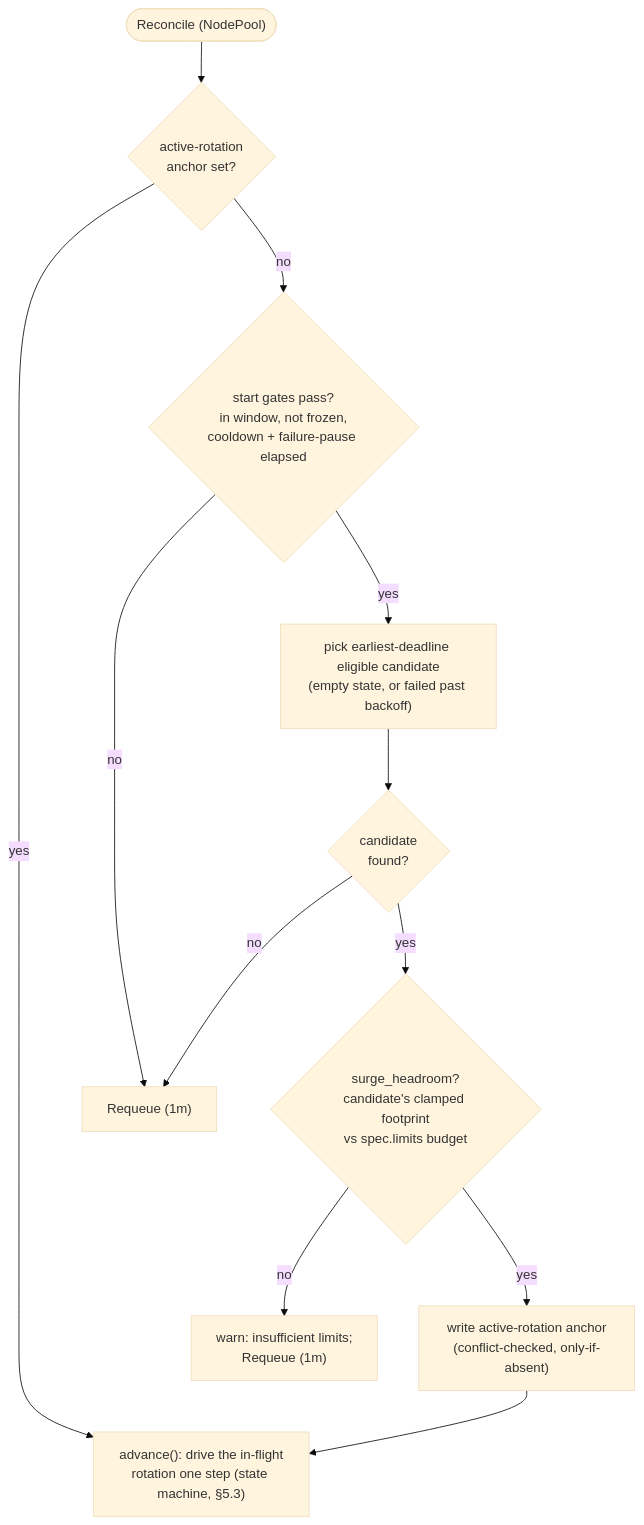
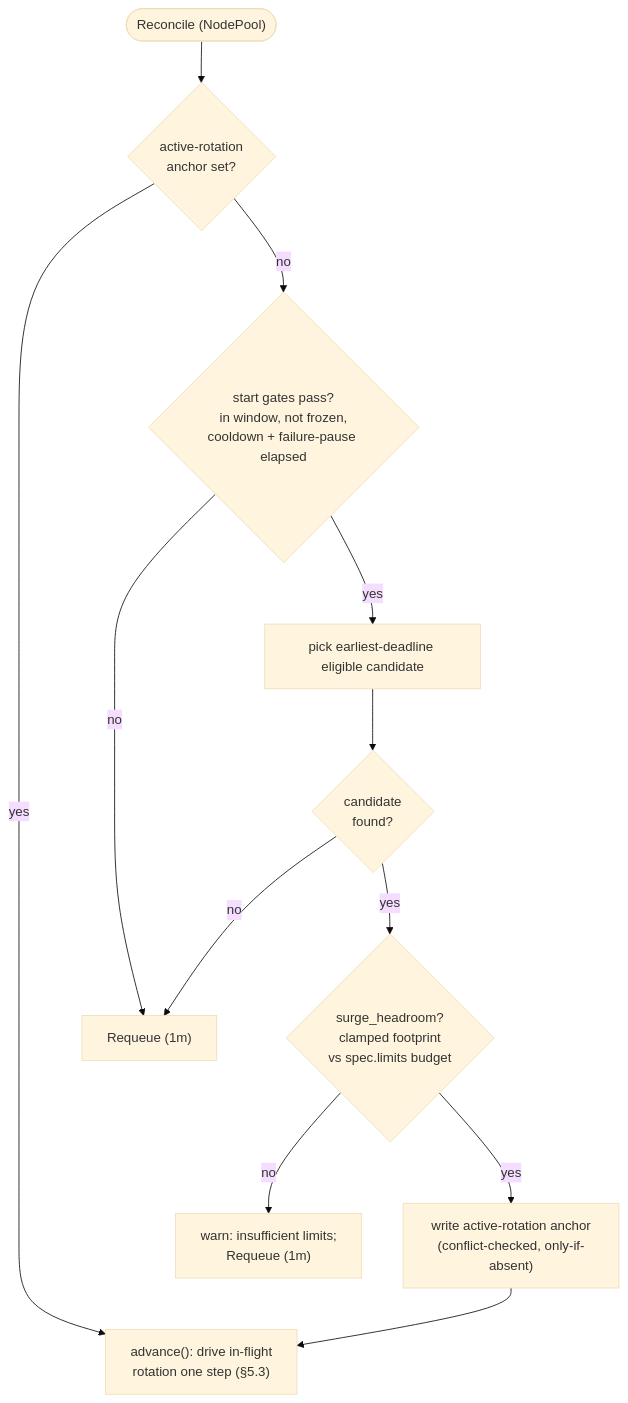
One commit to AkashiSN/node-rotation-controller changed the second of 3 diagrams in docs/specification/05-implementation.md. Above: the diagram before and after it, drawn with Mermaid (base theme). The commit also changed other lines of this file and 37 other files, not shown here.

````diff
--- a/docs/specification/05-implementation.md
+++ b/docs/specification/05-implementation.md
@@ -50,14 +51,14 @@
 ```mermaid
 flowchart TD
     entry(["Reconcile (NodePool)"]) --> q1{"active-rotation<br/>anchor set?"}
-    q1 -->|yes| adv["advance(): drive the in-flight<br/>rotation one step (state machine, §5.3)"]
+    q1 -->|yes| adv["advance(): drive in-flight<br/>rotation one step (§5.3)"]
     q1 -->|no| q2{"start gates pass?<br/>in window, not frozen,<br/>cooldown + failure-pause elapsed"}
     q2 -->|no| rq["Requeue (1m)"]
-    q2 -->|yes| pick["pick earliest-deadline eligible candidate<br/>(empty state, or failed past backoff)"]
+    q2 -->|yes| pick["pick earliest-deadline eligible candidate"]
     pick --> q3{"candidate<br/>found?"}
     q3 -->|no| rq
-    q3 -->|yes| q4{"surge_headroom?<br/>candidate's clamped footprint<br/>vs spec.limits budget"}
+    q3 -->|yes| q4{"surge_headroom?<br/>clamped footprint<br/>vs spec.limits budget"}
     q4 -->|no| warn["warn: insufficient limits;<br/>Requeue (1m)"]
     q4 -->|yes| anchor["write active-rotation anchor<br/>(conflict-checked, only-if-absent)"]
     anchor --> adv
 ```
````
